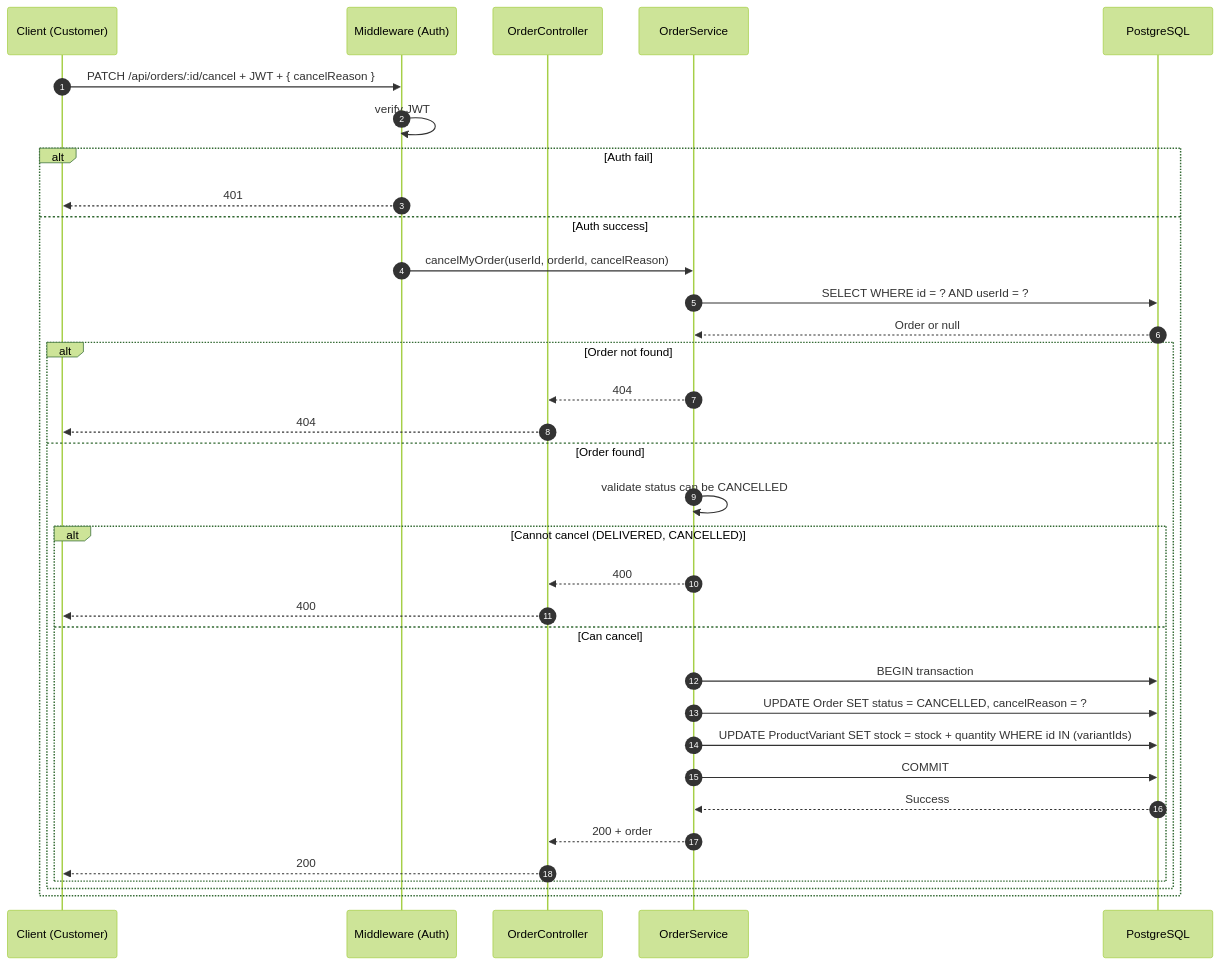
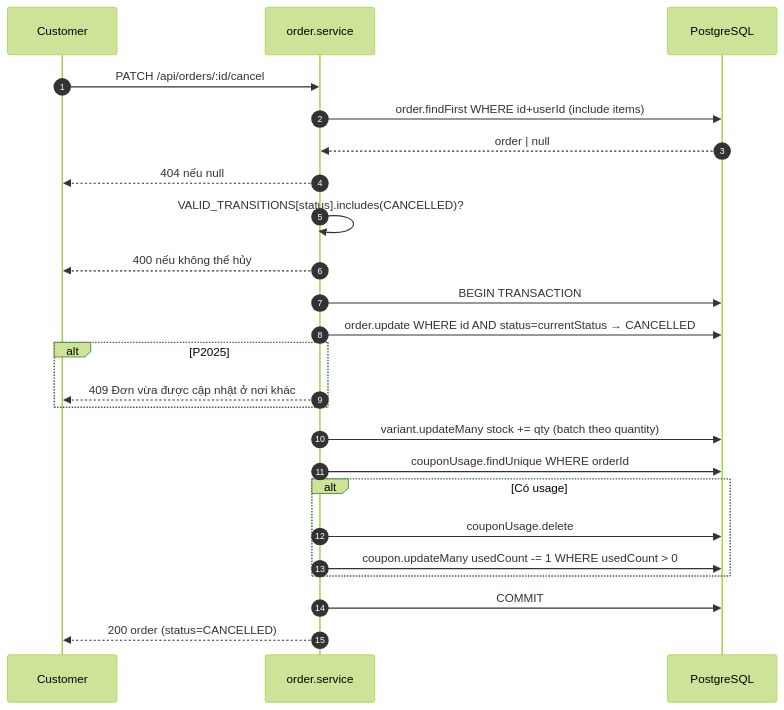
The second of 3 diagrams in docs/Order/SequenceDiagram.md (phamvinh203/mobivexa), drawn with Mermaid (forest theme) before and after one commit. The commit also changed other lines of this file and 79 other files, not shown here.

Commit message:
📜 Add documentation for Inventory and Favorite modules including Use Cases, API Specifications, and Activity Diagrams

````diff
--- a/docs/Order/SequenceDiagram.md
+++ b/docs/Order/SequenceDiagram.md
@@ -172,37 +85,30 @@
 ```mermaid
 sequenceDiagram
     autonumber
-    participant C as Client (Customer)
-    participant M as Middleware (Auth)
-    participant API as OrderController
-    participant S as OrderService
+    participant C as Customer
+    participant Svc as order.service
     participant DB as PostgreSQL
 
-    C->>M: PATCH /api/orders/:id/cancel + JWT + { cancelReason }
-    M->>M: verify JWT
-    alt Auth fail
-        M-->>C: 401
-    else Auth success
-        M->>S: cancelMyOrder(userId, orderId, cancelReason)
-        S->>DB: SELECT WHERE id = ? AND userId = ?
-        DB-->>S: Order or null
-        alt Order not found
-            S-->>API: 404
-            API-->>C: 404
-        else Order found
-            S->>S: validate status can be CANCELLED
-            alt Cannot cancel (DELIVERED, CANCELLED)
-                S-->>API: 400
-                API-->>C: 400
-            else Can cancel
-                S->>DB: BEGIN transaction
-                S->>DB: UPDATE Order SET status = CANCELLED, cancelReason = ?
-                S->>DB: UPDATE ProductVariant SET stock = stock + quantity WHERE id IN (variantIds)
-                S->>DB: COMMIT
-                DB-->>S: Success
-                S-->>API: 200 + order
-                API-->>C: 200
-            end
-        end
+    C->>Svc: PATCH /api/orders/:id/cancel
+    Svc->>DB: order.findFirst WHERE id+userId (include items)
+    DB-->>Svc: order | null
+    Svc-->>C: 404 nếu null
+
+    Svc->>Svc: VALID_TRANSITIONS[status].includes(CANCELLED)?
+    Svc-->>C: 400 nếu không thể hủy
+
+    Svc->>DB: BEGIN TRANSACTION
+    Svc->>DB: order.update WHERE id AND status=currentStatus → CANCELLED
+    alt P2025
+        Svc-->>C: 409 Đơn vừa được cập nhật ở nơi khác
     end
+
+    Svc->>DB: variant.updateMany stock += qty (batch theo quantity)
+    Svc->>DB: couponUsage.findUnique WHERE orderId
+    alt Có usage
+        Svc->>DB: couponUsage.delete
+        Svc->>DB: coupon.updateMany usedCount -= 1 WHERE usedCount > 0
+    end
+    Svc->>DB: COMMIT
+    Svc-->>C: 200 order (status=CANCELLED)
 ```
````
